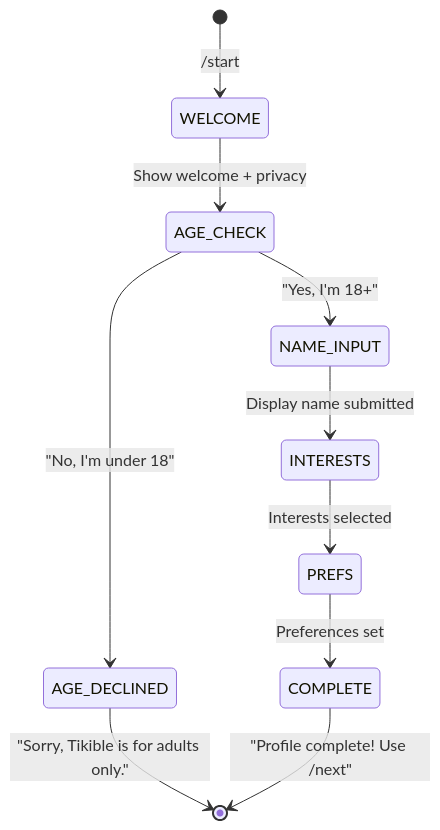
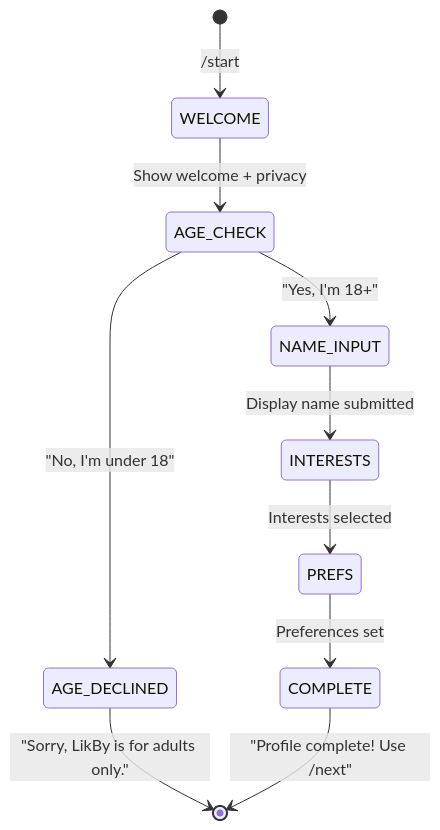
The diagram in docs/11-telegram-bot-design.md (likby-dev/LikBy), drawn with Mermaid before and after one commit. The commit also changed other lines of this file and 131 other files, not shown here.

Commit message:
refactor: rename project, package, and documentation from tikible to LikBy

````diff
--- a/docs/11-telegram-bot-design.md
+++ b/docs/11-telegram-bot-design.md
@@ -62,12 +62,12 @@
 ```mermaid
 stateDiagram-v2
     [*] --> WELCOME: /start
     WELCOME --> AGE_CHECK: Show welcome + privacy
     AGE_CHECK --> AGE_DECLINED: "No, I'm under 18"
     AGE_CHECK --> NAME_INPUT: "Yes, I'm 18+"
-    AGE_DECLINED --> [*]: "Sorry, Tikible is for adults only."
+    AGE_DECLINED --> [*]: "Sorry, LikBy is for adults only."
     NAME_INPUT --> INTERESTS: Display name submitted
     INTERESTS --> PREFS: Interests selected
     PREFS --> COMPLETE: Preferences set
     COMPLETE --> [*]: "Profile complete! Use /next"
 ```
````
